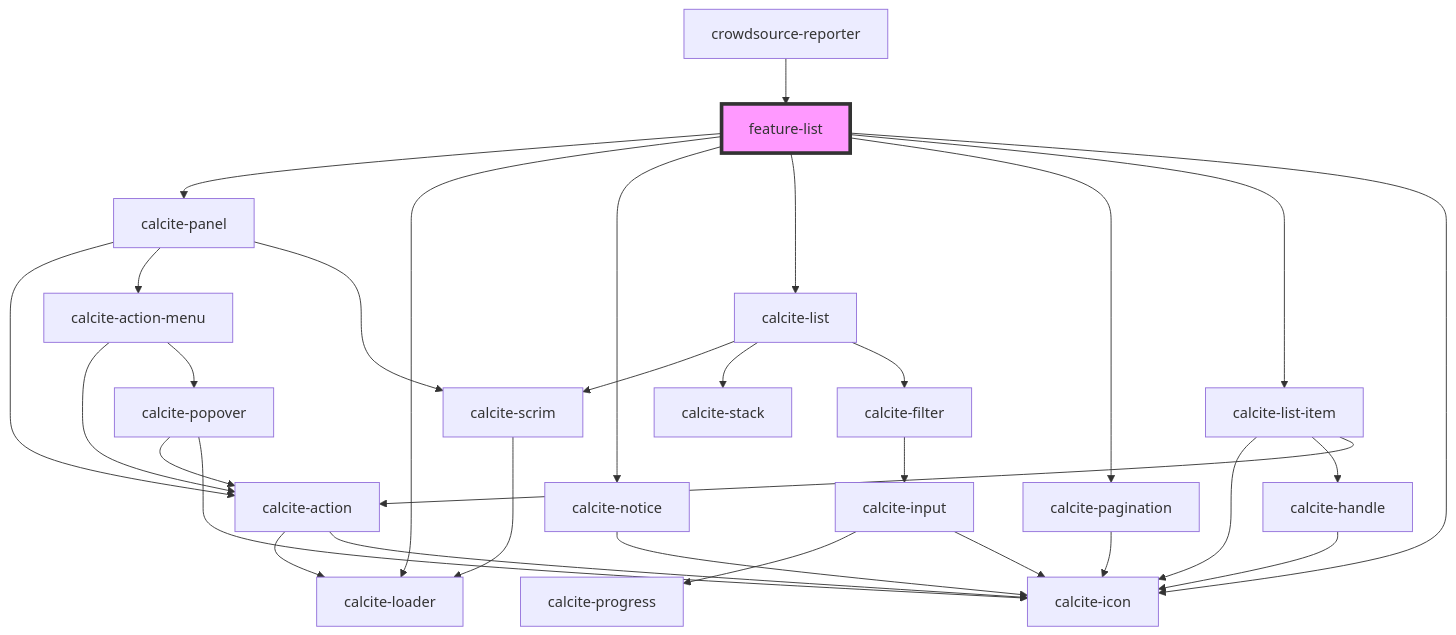
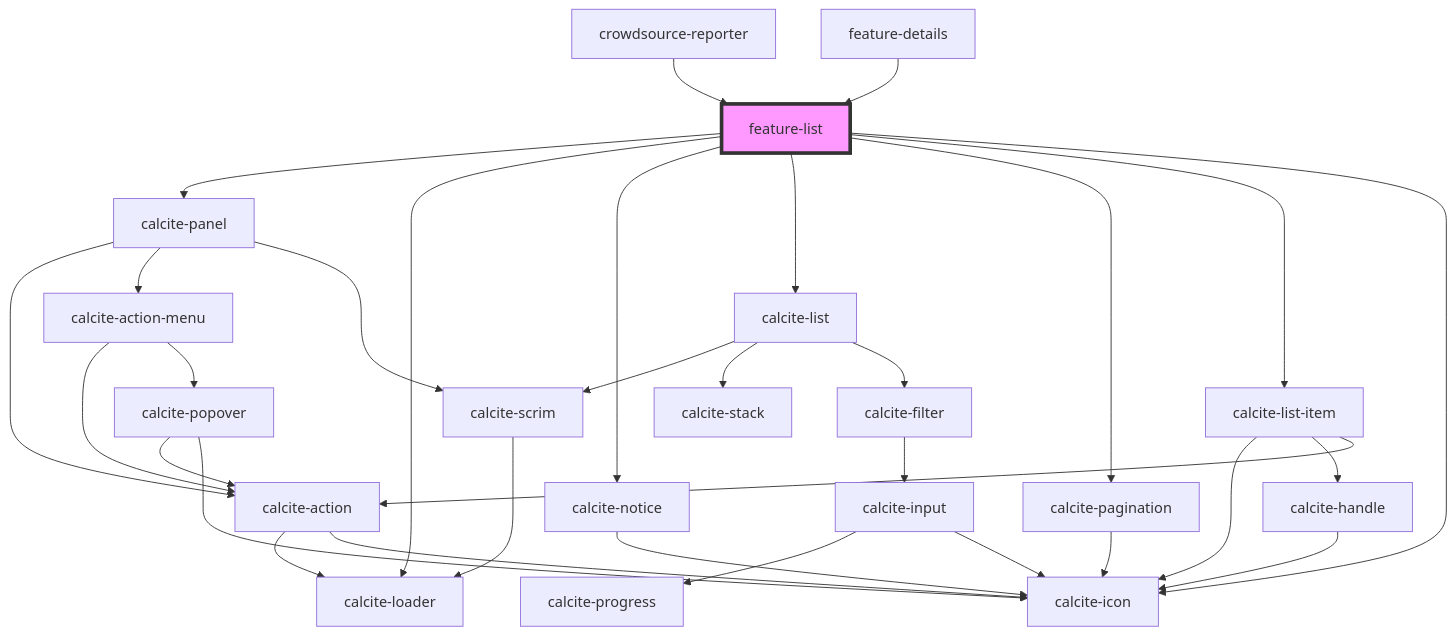
The diagram in src/components/feature-list/readme.md (Esri/solutions-components), drawn with Mermaid before and after one commit. The commit also changed other lines of this file and 6 other files, not shown here.

````diff
--- a/src/components/feature-list/readme.md
+++ b/src/components/feature-list/readme.md
@@ -57,34 +62,35 @@
 ```mermaid
 graph TD;
   feature-list --> calcite-panel
   feature-list --> calcite-loader
   feature-list --> calcite-notice
   feature-list --> calcite-list
   feature-list --> calcite-pagination
   feature-list --> calcite-list-item
   feature-list --> calcite-icon
   calcite-panel --> calcite-action
   calcite-panel --> calcite-action-menu
   calcite-panel --> calcite-scrim
   calcite-action --> calcite-loader
   calcite-action --> calcite-icon
   calcite-action-menu --> calcite-action
   calcite-action-menu --> calcite-popover
   calcite-popover --> calcite-action
   calcite-popover --> calcite-icon
   calcite-scrim --> calcite-loader
   calcite-notice --> calcite-icon
   calcite-list --> calcite-scrim
   calcite-list --> calcite-stack
   calcite-list --> calcite-filter
   calcite-filter --> calcite-input
   calcite-input --> calcite-progress
   calcite-input --> calcite-icon
   calcite-pagination --> calcite-icon
   calcite-list-item --> calcite-icon
   calcite-list-item --> calcite-handle
   calcite-list-item --> calcite-action
   calcite-handle --> calcite-icon
   crowdsource-reporter --> feature-list
+  feature-details --> feature-list
   style feature-list fill:#f9f,stroke:#333,stroke-width:4px
 ```
````
